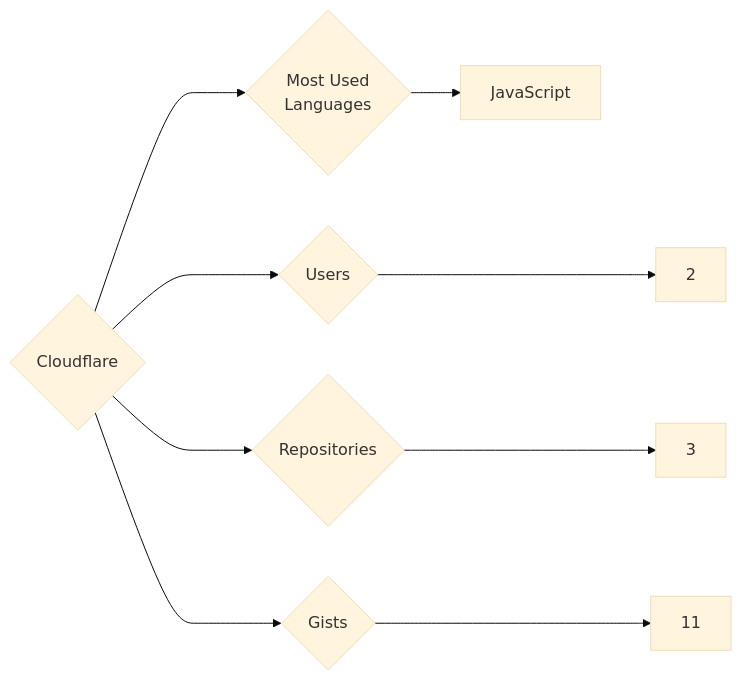
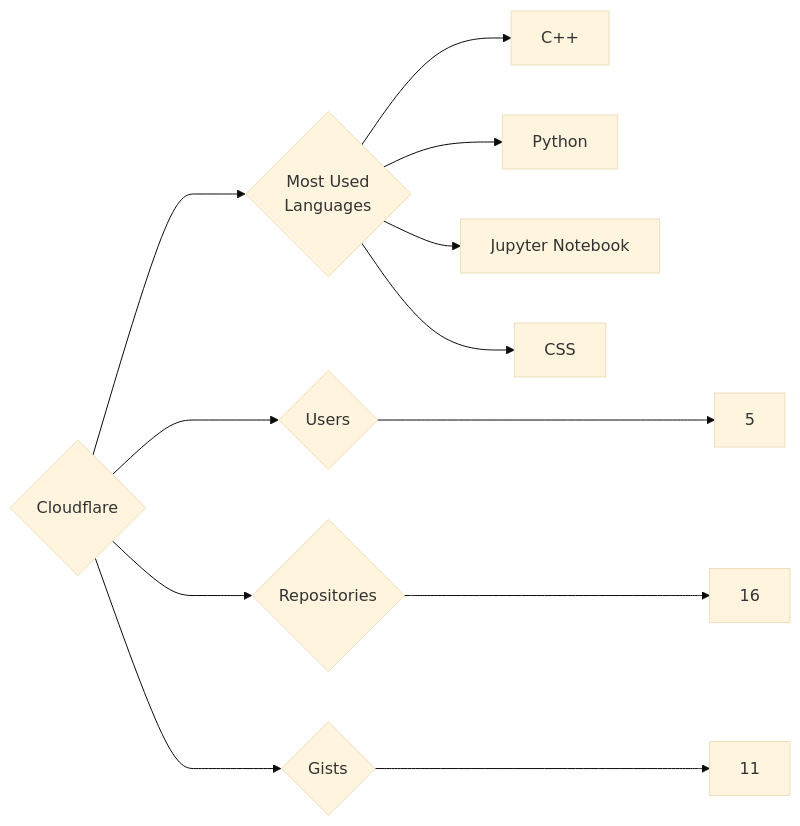
The diagram in targets/Cloudflare/README.md (trickest/insiders), drawn with Mermaid (base theme) before and after one commit. The commit also changed 1003 other files, not shown here.

````diff
--- a/targets/Cloudflare/README.md
+++ b/targets/Cloudflare/README.md
@@ -3,9 +3,12 @@
 ```mermaid
 graph LR
 COMPANY_NAME{Cloudflare}
-COMPANY_NAME ---> U{Users} ---> UN[2]
-COMPANY_NAME ---> R{Repositories} ---> RN[3]
+COMPANY_NAME ---> U{Users} ---> UN[5]
+COMPANY_NAME ---> R{Repositories} ---> RN[16]
 COMPANY_NAME ---> G{Gists} ---> GN[11]
 COMPANY_NAME ---> ML{Most Used<br>Languages}
-ML --> JavaScript[JavaScript]
+ML --> C++[C++]
+ML --> Python[Python]
+ML --> Jupyter_Notebook[Jupyter Notebook]
+ML --> CSS[CSS]
 ```
````
